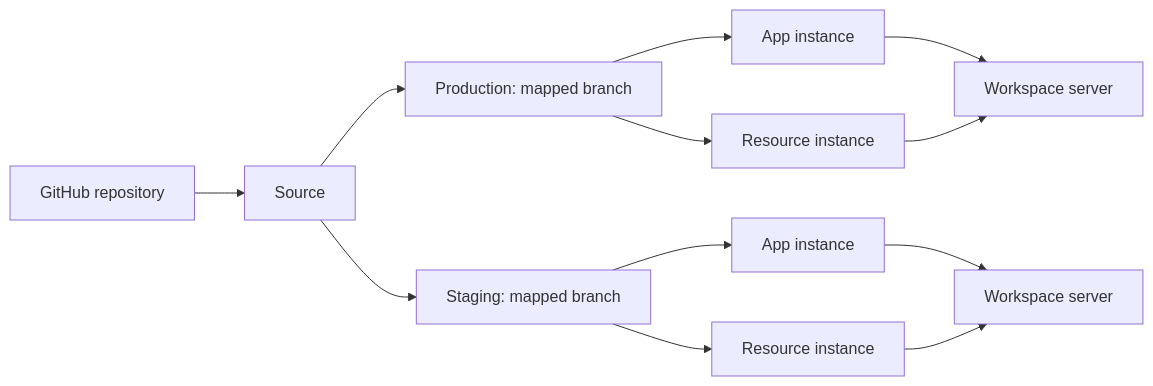
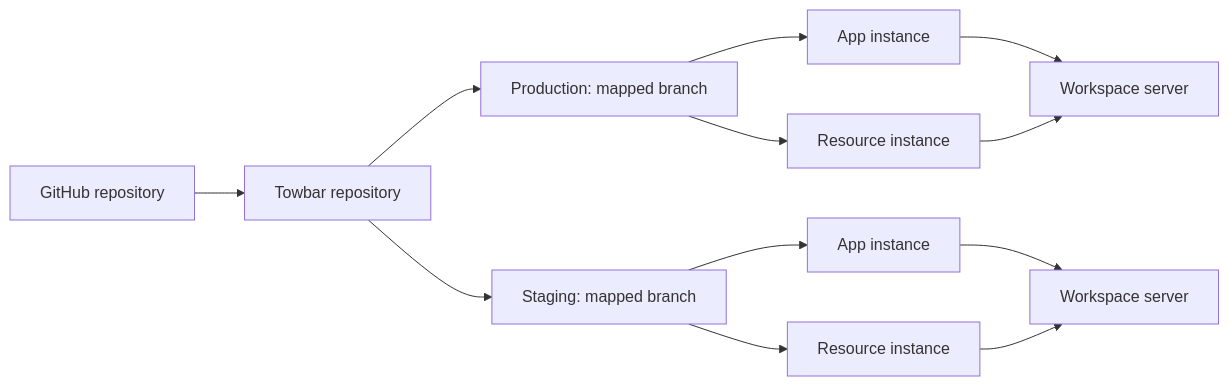
One commit to avgeek-inc/towbar changed the diagram in docs/docs/concepts.mdx. Above: the diagram before and after it, drawn with Mermaid. The commit also changed other lines of this file and 1179 other files, not shown here.

````diff
--- a/docs/docs/concepts.mdx
+++ b/docs/docs/concepts.mdx
@@ -25,14 +25,14 @@
 ```mermaid
 flowchart LR
-  Repository[GitHub repository] --> Source[Source]
-  Source --> Production[Production: mapped branch]
-  Source --> Staging[Staging: mapped branch]
+  GitHub[GitHub repository] --> Repository[Towbar repository]
+  Repository --> Production[Production: mapped branch]
+  Repository --> Staging[Staging: mapped branch]
   Production --> ProductionApp[App instance]
   Production --> ProductionDB[Resource instance]
   Staging --> StagingApp[App instance]
   Staging --> StagingDB[Resource instance]
   ProductionApp --> Server[Workspace server]
   ProductionDB --> Server
   StagingApp --> OtherServer[Workspace server]
   StagingDB --> OtherServer
 ```
````
